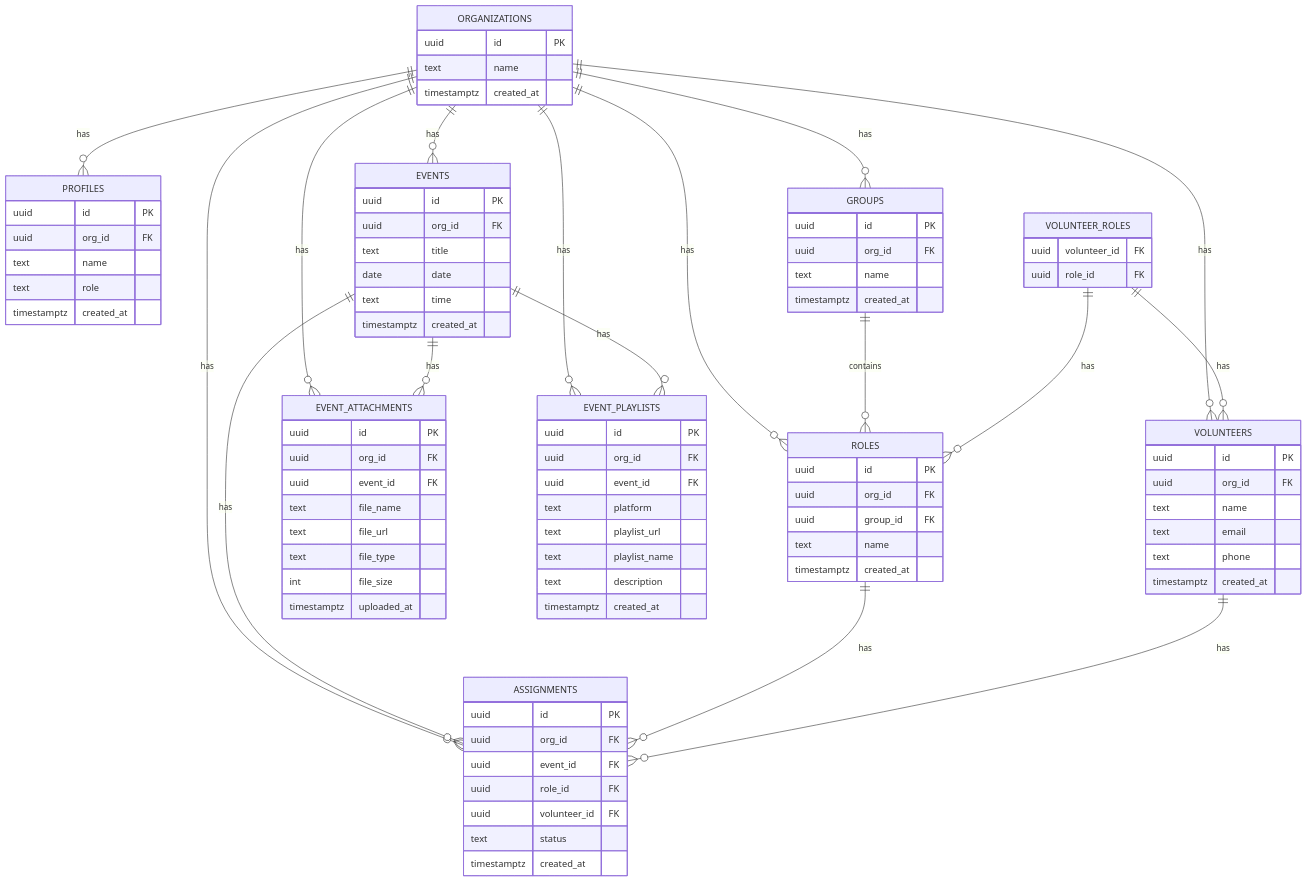
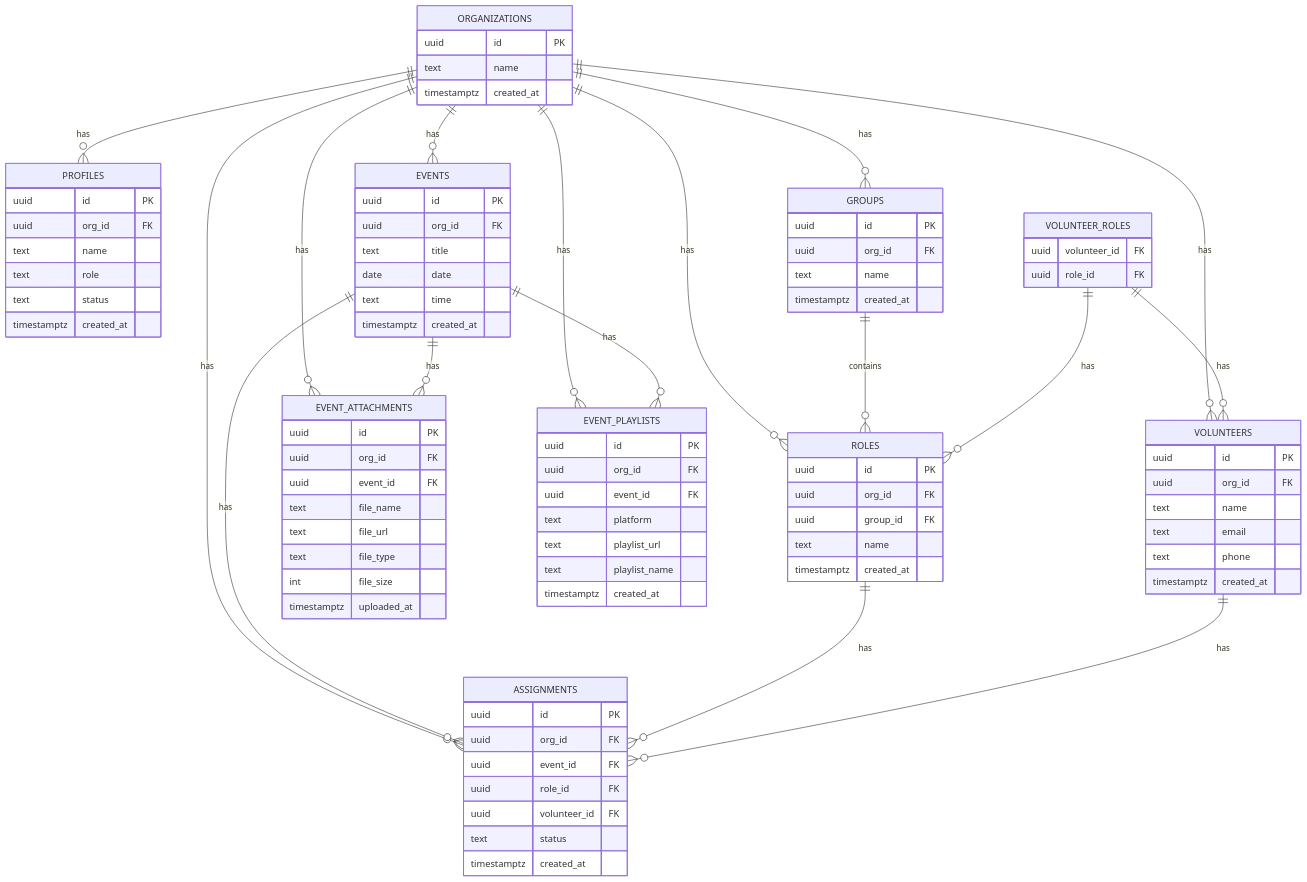
One commit to netdaniel/serveflow changed diagram 12 of 12 in .qoder/repowiki/en/content/Service Scheduling Platform/Service Scheduling Platform.md. Above: the diagram before and after it, drawn with Mermaid. The commit also changed other lines of this file and 15 other files, not shown here.

```diff
--- a/.qoder/repowiki/en/content/Service Scheduling Platform/Service Scheduling Platform.md
+++ b/.qoder/repowiki/en/content/Service Scheduling Platform/Service Scheduling Platform.md
@@ -491,6 +583,7 @@
 uuid org_id FK
 text name
 text role
+text status
 timestamptz created_at
 }
 GROUPS {
@@ -552,7 +645,6 @@
 text platform
 text playlist_url
 text playlist_name
-text description
 timestamptz created_at
 }
 ORGANIZATIONS ||--o{ PROFILES : "has"
```
